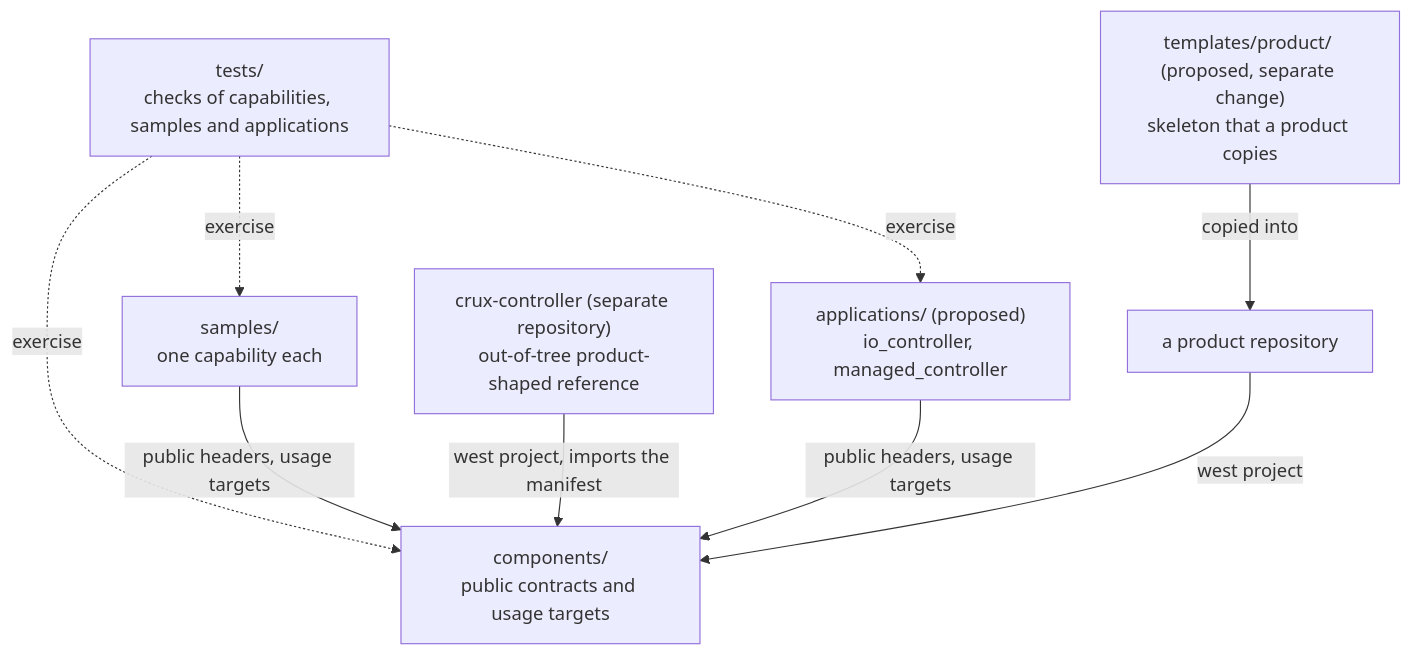
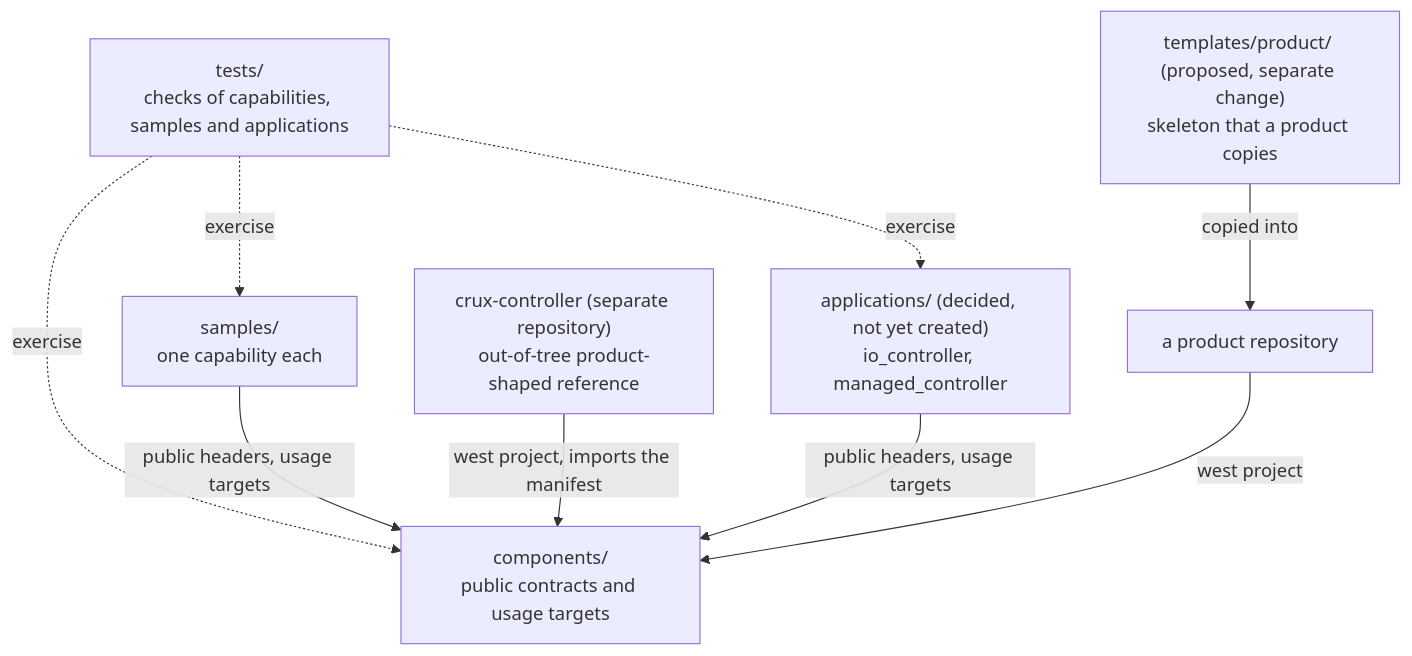
Before and after one commit to wonny-labs/crux-pilot: the third of 3 diagrams in docs/architecture.md, drawn with Mermaid. The commit also changed other lines of this file, not shown here.

Commit message:
docs: state the decided folder plainly and soften unverified wording

````diff
--- a/docs/architecture.md
+++ b/docs/architecture.md
@@ -189,18 +189,18 @@
 ```mermaid
 flowchart TB
     comp["components/<br/>public contracts and usage targets"]
     samples["samples/<br/>one capability each"]
-    apps["applications/ (proposed)<br/>io_controller, managed_controller"]
+    apps["applications/ (decided, not yet created)<br/>io_controller, managed_controller"]
     tmpl["templates/product/ (proposed, separate change)<br/>skeleton that a product copies"]
     tests["tests/<br/>checks of capabilities, samples and applications"]
     ctrl["crux-controller (separate repository)<br/>out-of-tree product-shaped reference"]
     prod["a product repository"]
     samples -->|"public headers, usage targets"| comp
     apps -->|"public headers, usage targets"| comp
     ctrl -->|"west project, imports the manifest"| comp
     tmpl -->|"copied into"| prod
     prod -->|"west project"| comp
     tests -. exercise .-> comp
     tests -. exercise .-> samples
     tests -. exercise .-> apps
 ```
````
